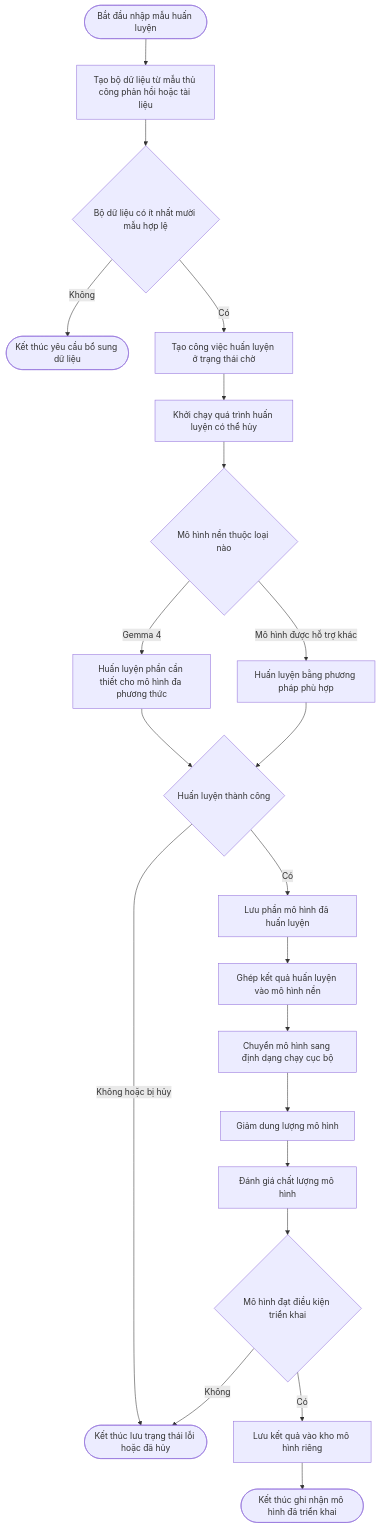
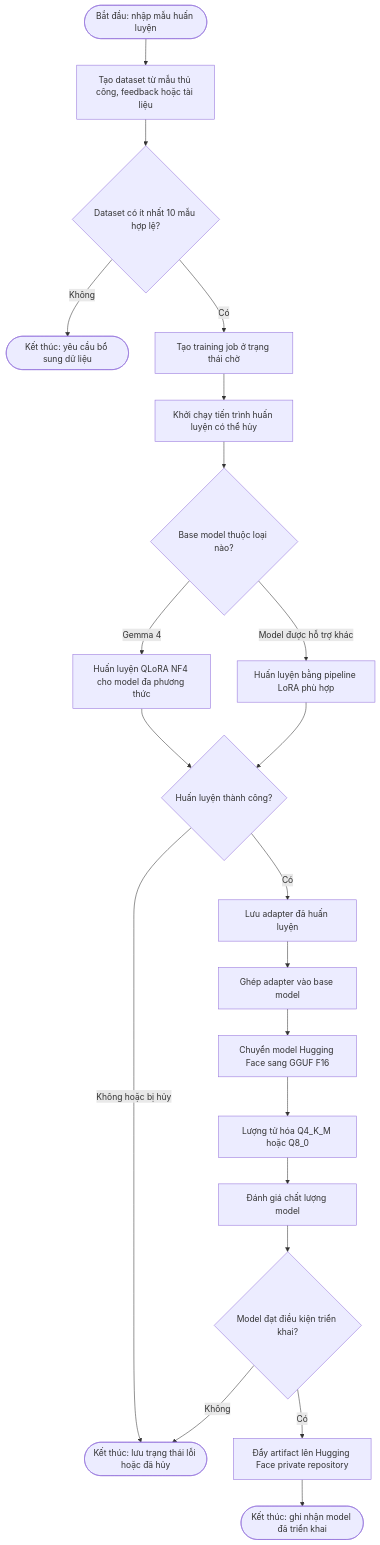
Before and after one commit to MinTruqday/dl: the eighth of 10 diagrams in agentic_ai_workflow_and_architecture_guide_3.md, drawn with Mermaid. The commit also changed other lines of this file and 78 other files, not shown here.

````diff
--- a/agentic_ai_workflow_and_architecture_guide_3.md
+++ b/agentic_ai_workflow_and_architecture_guide_3.md
@@ -306,23 +233,23 @@
 ```mermaid
 flowchart TD
-    Start([Bắt đầu nhập mẫu huấn luyện]) --> BuildDataset[Tạo bộ dữ liệu từ mẫu thủ công phản hồi hoặc tài liệu]
-    BuildDataset --> EnoughSamples{Bộ dữ liệu có ít nhất mười mẫu hợp lệ}
-    EnoughSamples -->|Không| Reject([Kết thúc yêu cầu bổ sung dữ liệu])
-    EnoughSamples -->|Có| CreateJob[Tạo công việc huấn luyện ở trạng thái chờ]
-    CreateJob --> RunTraining[Khởi chạy quá trình huấn luyện có thể hủy]
-    RunTraining --> WhichBase{Mô hình nền thuộc loại nào}
-    WhichBase -->|Gemma 4| TrainQLoRA[Huấn luyện phần cần thiết cho mô hình đa phương thức]
-    WhichBase -->|Mô hình được hỗ trợ khác| TrainLoRA[Huấn luyện bằng phương pháp phù hợp]
-    TrainQLoRA --> TrainingOK{Huấn luyện thành công}
+    Start([Bắt đầu: nhập mẫu huấn luyện]) --> BuildDataset[Tạo dataset từ mẫu thủ công, feedback hoặc tài liệu]
+    BuildDataset --> EnoughSamples{Dataset có ít nhất 10 mẫu hợp lệ?}
+    EnoughSamples -->|Không| Reject([Kết thúc: yêu cầu bổ sung dữ liệu])
+    EnoughSamples -->|Có| CreateJob[Tạo training job ở trạng thái chờ]
+    CreateJob --> RunTraining[Khởi chạy tiến trình huấn luyện có thể hủy]
+    RunTraining --> WhichBase{Base model thuộc loại nào?}
+    WhichBase -->|Gemma 4| TrainQLoRA[Huấn luyện QLoRA NF4 cho model đa phương thức]
+    WhichBase -->|Model được hỗ trợ khác| TrainLoRA[Huấn luyện bằng pipeline LoRA phù hợp]
+    TrainQLoRA --> TrainingOK{Huấn luyện thành công?}
     TrainLoRA --> TrainingOK
-    TrainingOK -->|Không hoặc bị hủy| Failed([Kết thúc lưu trạng thái lỗi hoặc đã hủy])
-    TrainingOK -->|Có| SaveAdapter[Lưu phần mô hình đã huấn luyện]
-    SaveAdapter --> MergeModel[Ghép kết quả huấn luyện vào mô hình nền]
-    MergeModel --> ConvertGGUF[Chuyển mô hình sang định dạng chạy cục bộ]
-    ConvertGGUF --> QuantizeModel[Giảm dung lượng mô hình]
-    QuantizeModel --> EvaluateModel[Đánh giá chất lượng mô hình]
-    EvaluateModel --> Passed{Mô hình đạt điều kiện triển khai}
+    TrainingOK -->|Không hoặc bị hủy| Failed([Kết thúc: lưu trạng thái lỗi hoặc đã hủy])
+    TrainingOK -->|Có| SaveAdapter[Lưu adapter đã huấn luyện]
+    SaveAdapter --> MergeModel[Ghép adapter vào base model]
+    MergeModel --> ConvertGGUF[Chuyển model Hugging Face sang GGUF F16]
+    ConvertGGUF --> QuantizeModel[Lượng tử hóa Q4_K_M hoặc Q8_0]
+    QuantizeModel --> EvaluateModel[Đánh giá chất lượng model]
+    EvaluateModel --> Passed{Model đạt điều kiện triển khai?}
     Passed -->|Không| Failed
-    Passed -->|Có| PublishModel[Lưu kết quả vào kho mô hình riêng]
-    PublishModel --> End([Kết thúc ghi nhận mô hình đã triển khai])
+    Passed -->|Có| PublishModel[Đẩy artifact lên Hugging Face private repository]
+    PublishModel --> End([Kết thúc: ghi nhận model đã triển khai])
 ```
````
